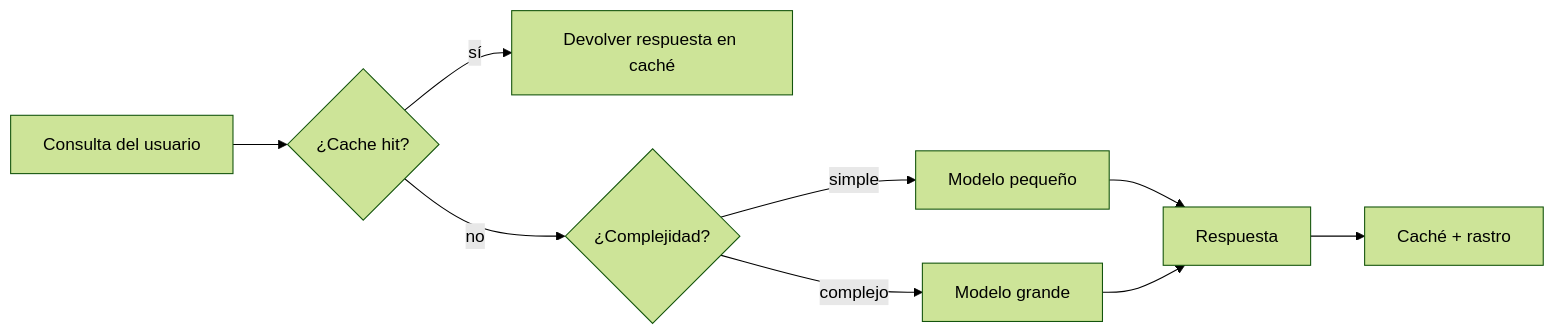
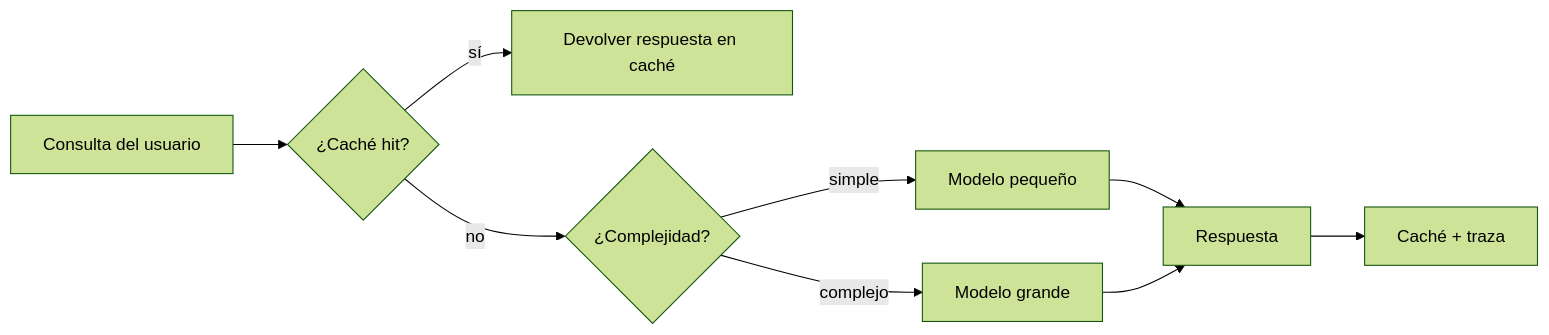
Before and after one commit to gabrielmoreira/agent-skills-mirror: the third of 4 diagrams in mirrors/repos/microsoft@ai-agents-for-beginners/translations/es/16-deploying-scalable-agents/README.md, drawn with Mermaid (forest theme). The commit also changed other lines of this file and 3581 other files, not shown here.

````diff
--- a/mirrors/repos/microsoft@ai-agents-for-beginners/translations/es/16-deploying-scalable-agents/README.md
+++ b/mirrors/repos/microsoft@ai-agents-for-beginners/translations/es/16-deploying-scalable-agents/README.md
@@ -134,11 +134,11 @@
 ```mermaid
 flowchart LR
-    Q[Consulta del usuario] --> C{¿Cache hit?}
+    Q[Consulta del usuario] --> C{¿Caché hit?}
     C -->|sí| R[Devolver respuesta en caché]
     C -->|no| Router{¿Complejidad?}
     Router -->|simple| SLM[Modelo pequeño]
     Router -->|complejo| LLM[Modelo grande]
     SLM --> Out[Respuesta]
     LLM --> Out
-    Out --> Store[Caché + rastro]
+    Out --> Store[Caché + traza]
 ```
````
